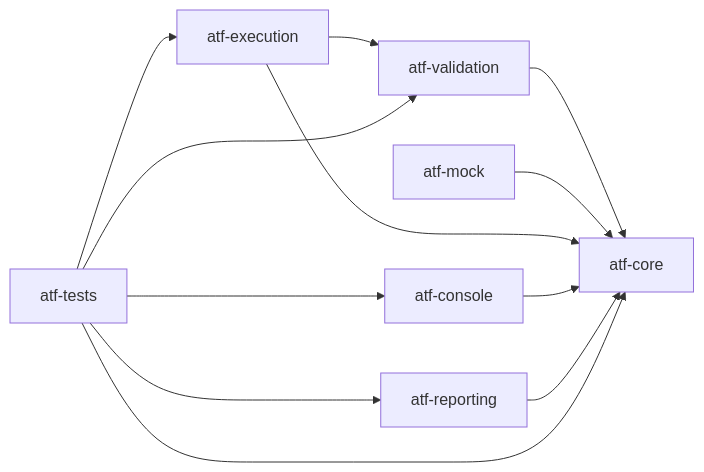
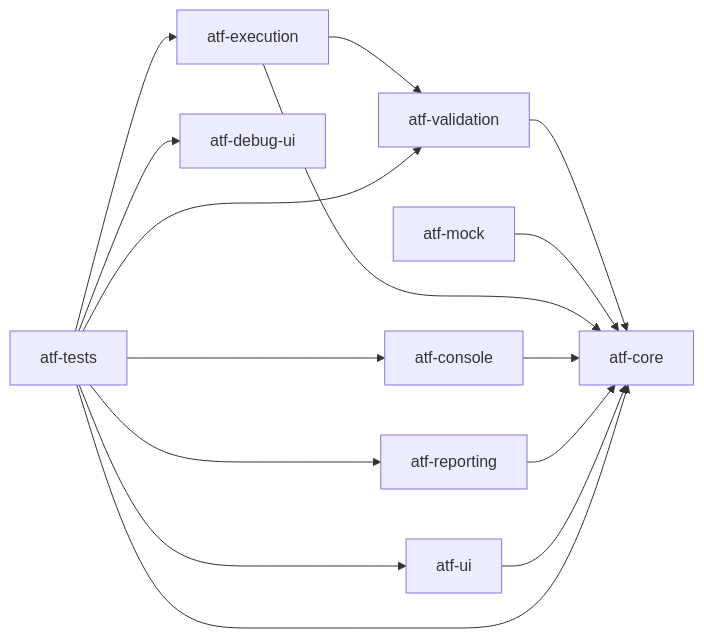
The third of 4 diagrams in README.md (crististefanita/demo2), drawn with Mermaid before and after one commit. The commit also changed other lines of this file and 48 other files, not shown here.

````diff
--- a/README.md
+++ b/README.md
@@ -114,14 +140,17 @@
 ```mermaid
 flowchart LR
     Validation[atf-validation] --> Core[atf-core]
     Mock[atf-mock] --> Core
     Execution[atf-execution] --> Validation
     Execution --> Core
     Console[atf-console] --> Core
     Reporting[atf-reporting] --> Core
+    Ui[atf-ui] --> Core
+    Tests --> DebugUi[atf-debug-ui]
     Tests[atf-tests] --> Execution
     Tests --> Validation
     Tests --> Reporting
     Tests --> Console
     Tests --> Core
+    Tests --> Ui
 ```
````
